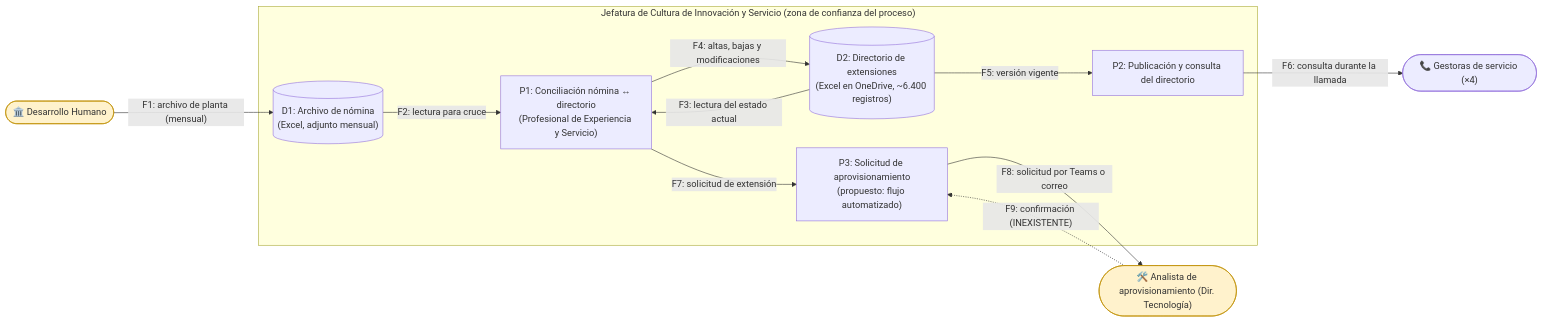
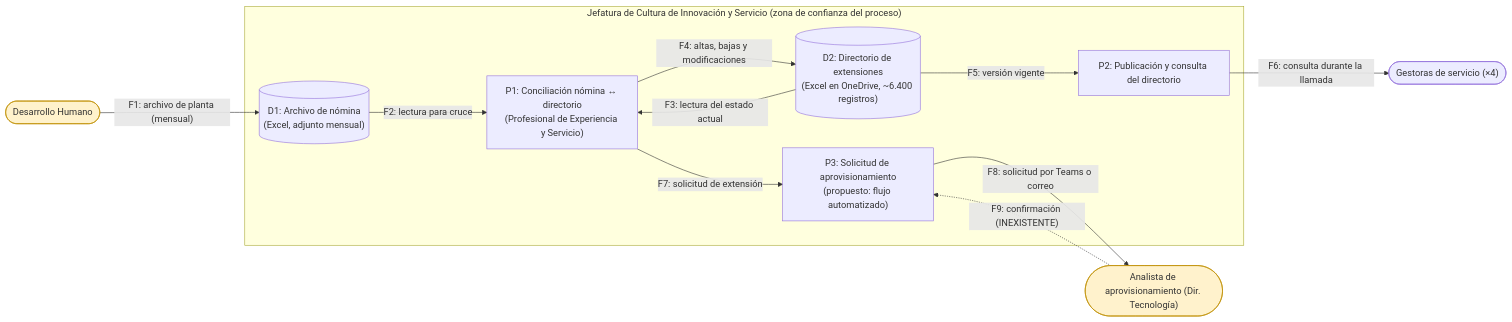
One commit to JhonlunKnox/taller-05-seguridad-stride changed the diagram in entrega/informe.md. Above: the diagram before and after it, drawn with Mermaid. The commit also changed other lines of this file, not shown here.

````diff
--- a/entrega/informe.md
+++ b/entrega/informe.md
@@ -37,27 +37,27 @@
 ```mermaid
 flowchart LR
-    dh(["🏛️ Desarrollo Humano"])
-    tec(["🛠️ Analista de aprovisionamiento (Dir. Tecnología)"])
-    gestoras(["📞 Gestoras de servicio (×4)"])
+    dh(["Desarrollo Humano"])
+    tec(["Analista de aprovisionamiento (Dir. Tecnología)"])
+    gestoras(["Gestoras de servicio (×4)"])
 
     subgraph unidad["Jefatura de Cultura de Innovación y Servicio (zona de confianza del proceso)"]
         prof["P1: Conciliación nómina ↔ directorio<br/>(Profesional de Experiencia y Servicio)"]
         pub["P2: Publicación y consulta del directorio"]
         sol["P3: Solicitud de aprovisionamiento<br/>(propuesto: flujo automatizado)"]
         nomina[("D1: Archivo de nómina<br/>(Excel, adjunto mensual)")]
         dir[("D2: Directorio de extensiones<br/>(Excel en OneDrive, ~6.400 registros)")]
     end
 
     dh -->|"F1: archivo de planta (mensual)"| nomina
     nomina -->|"F2: lectura para cruce"| prof
     dir -->|"F3: lectura del estado actual"| prof
     prof -->|"F4: altas, bajas y modificaciones"| dir
     dir -->|"F5: versión vigente"| pub
     pub -->|"F6: consulta durante la llamada"| gestoras
     prof -->|"F7: solicitud de extensión"| sol
     sol -->|"F8: solicitud por Teams o correo"| tec
     tec -.->|"F9: confirmación (INEXISTENTE)"| sol
 
     style tec fill:#fff2cc,stroke:#bf8f00
     style dh fill:#fff2cc,stroke:#bf8f00
 ```
````
